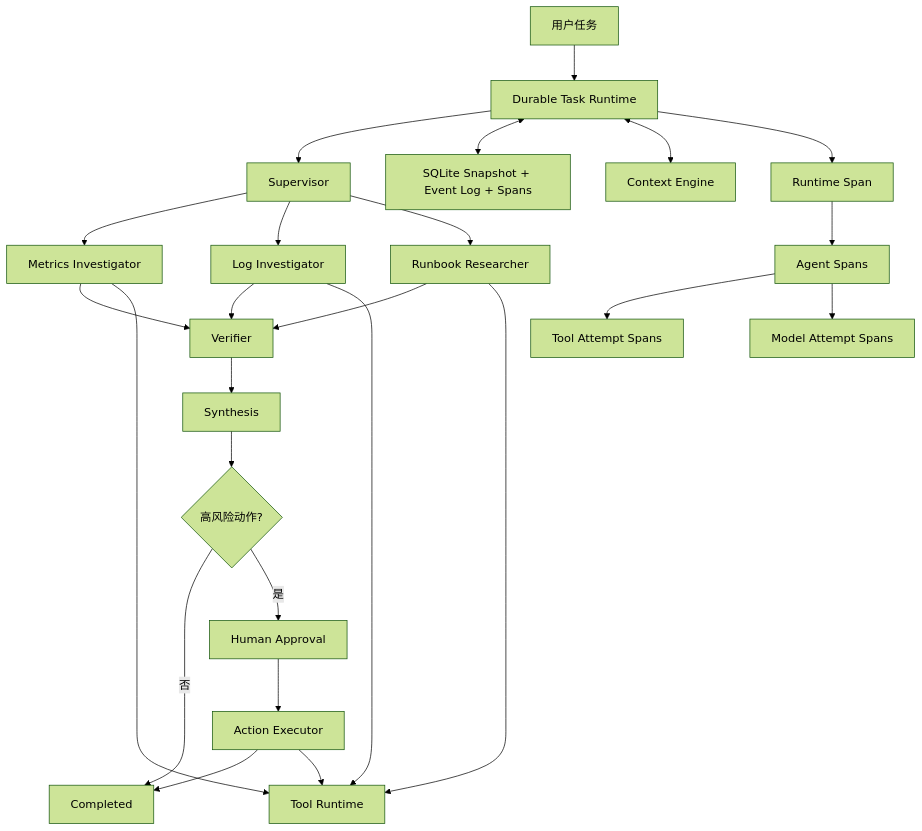
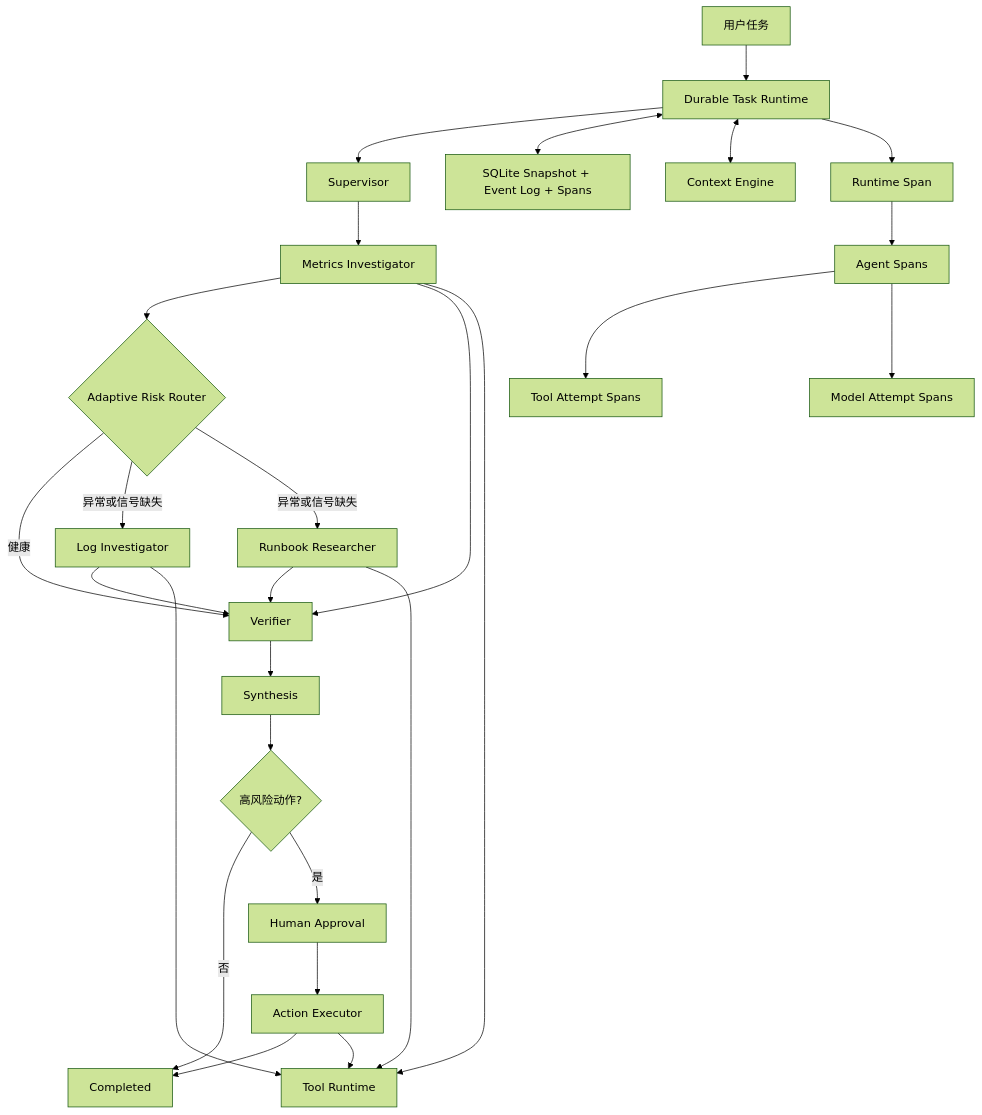
The first of 3 diagrams in projects/enterprise-agent/architecture.md (WeSsZz/AI-Engineer-Roadmap-2026), drawn with Mermaid (forest theme) before and after one commit. The commit also changed other lines of this file and 15 other files, not shown here.

````diff
--- a/projects/enterprise-agent/architecture.md
+++ b/projects/enterprise-agent/architecture.md
@@ -20,28 +20,30 @@
 ```mermaid
 flowchart TD
     U["用户任务"] --> R["Durable Task Runtime"]
     R --> S["Supervisor"]
     S --> M["Metrics Investigator"]
-    S --> L["Log Investigator"]
-    S --> K["Runbook Researcher"]
+    M --> AR{"Adaptive Risk Router"}
+    AR -->|"健康"| V
+    AR -->|"异常或信号缺失"| L["Log Investigator"]
+    AR -->|"异常或信号缺失"| K["Runbook Researcher"]
     M --> V["Verifier"]
     L --> V
     K --> V
     V --> Y["Synthesis"]
     Y --> A{"高风险动作?"}
     A -->|否| C["Completed"]
     A -->|是| H["Human Approval"]
     H --> X["Action Executor"]
     X --> C
 
     R <--> DB["SQLite Snapshot + Event Log + Spans"]
     R <--> CTX["Context Engine"]
     M --> TG["Tool Runtime"]
     L --> TG
     K --> TG
     X --> TG
     R --> TR["Runtime Span"]
     TR --> AS["Agent Spans"]
     AS --> TS["Tool Attempt Spans"]
     AS --> MS["Model Attempt Spans"]
 ```
````
